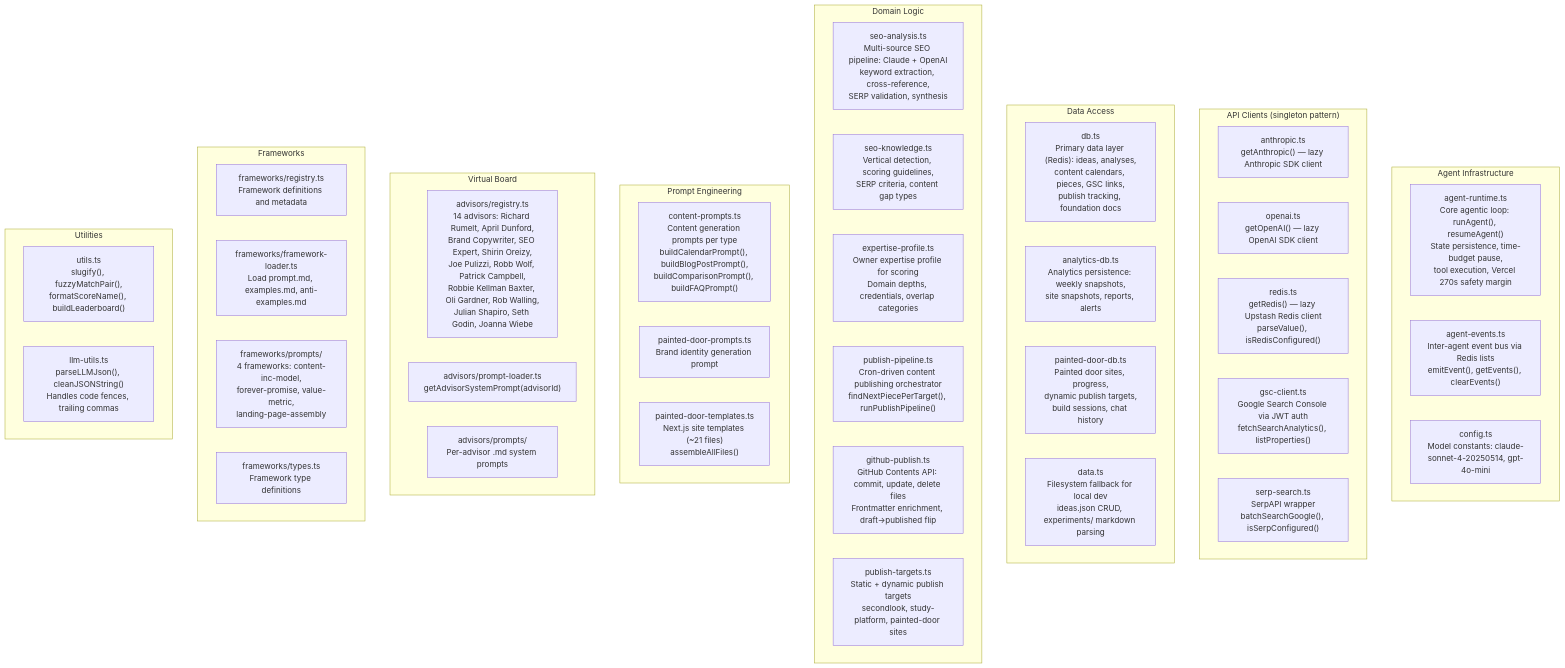
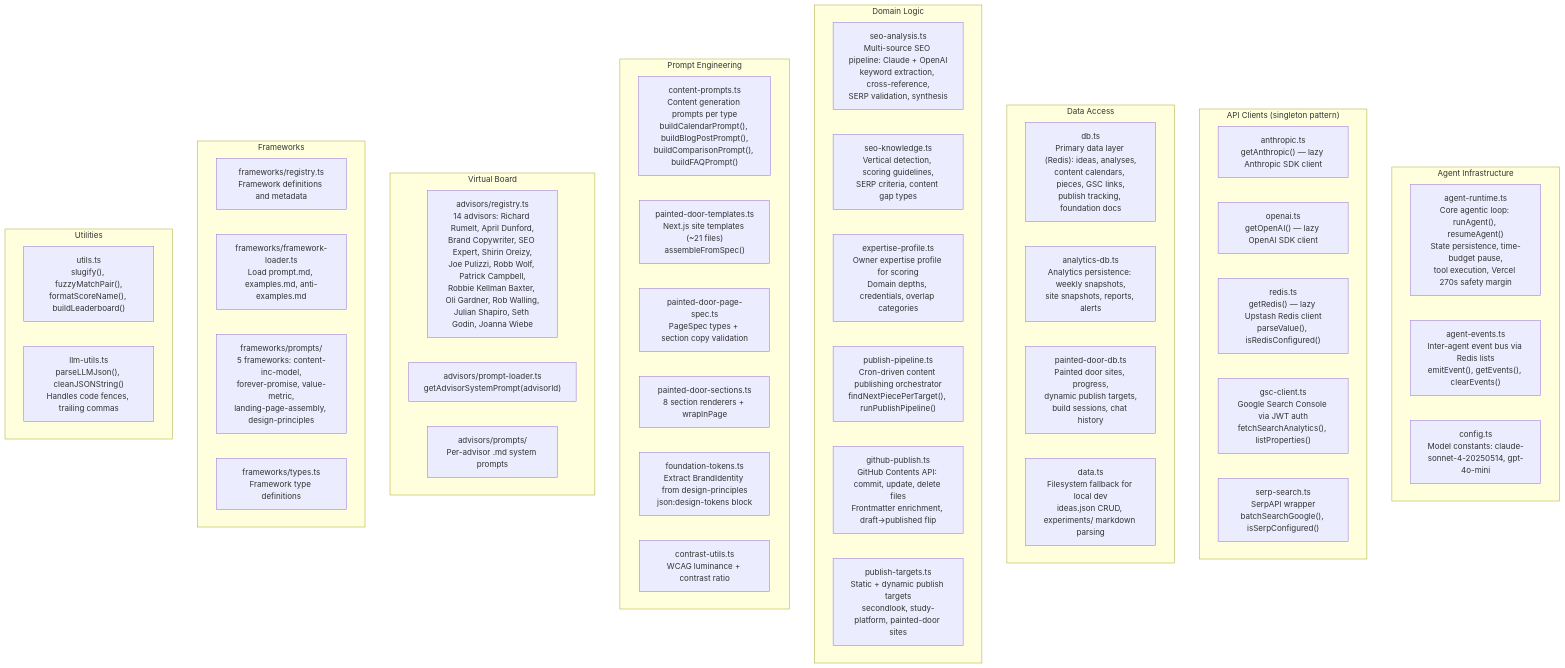
One commit to cwhogg/epch-projects changed the third of 11 diagrams in docs/architecture.md. Above: the diagram before and after it, drawn with Mermaid. The commit also changed other lines of this file, not shown here.

Commit message:
docs: update architecture for website builder rebuild

````diff
--- a/docs/architecture.md
+++ b/docs/architecture.md
@@ -219,62 +219,65 @@
 ```mermaid
 graph TB
     subgraph Runtime["Agent Infrastructure"]
         agent_runtime["agent-runtime.ts<br/>Core agentic loop: runAgent(), resumeAgent()<br/>State persistence, time-budget pause,<br/>tool execution, Vercel 270s safety margin"]
         agent_events["agent-events.ts<br/>Inter-agent event bus via Redis lists<br/>emitEvent(), getEvents(), clearEvents()"]
         config["config.ts<br/>Model constants: claude-sonnet-4-20250514, gpt-4o-mini"]
     end
 
     subgraph Clients["API Clients (singleton pattern)"]
         anthropic["anthropic.ts<br/>getAnthropic() — lazy Anthropic SDK client"]
         openai["openai.ts<br/>getOpenAI() — lazy OpenAI SDK client"]
         redis_mod["redis.ts<br/>getRedis() — lazy Upstash Redis client<br/>parseValue(), isRedisConfigured()"]
         gsc_client["gsc-client.ts<br/>Google Search Console via JWT auth<br/>fetchSearchAnalytics(), listProperties()"]
         serp_search["serp-search.ts<br/>SerpAPI wrapper<br/>batchSearchGoogle(), isSerpConfigured()"]
     end
 
     subgraph Persistence["Data Access"]
         db["db.ts<br/>Primary data layer (Redis): ideas, analyses,<br/>content calendars, pieces, GSC links,<br/>publish tracking, foundation docs"]
         analytics_db["analytics-db.ts<br/>Analytics persistence: weekly snapshots,<br/>site snapshots, reports, alerts"]
         painted_door_db["painted-door-db.ts<br/>Painted door sites, progress,<br/>dynamic publish targets,<br/>build sessions, chat history"]
         data["data.ts<br/>Filesystem fallback for local dev<br/>ideas.json CRUD, experiments/ markdown parsing"]
     end
 
     subgraph DomainLogic["Domain Logic"]
         seo_analysis["seo-analysis.ts<br/>Multi-source SEO pipeline: Claude + OpenAI<br/>keyword extraction, cross-reference,<br/>SERP validation, synthesis"]
         seo_knowledge["seo-knowledge.ts<br/>Vertical detection, scoring guidelines,<br/>SERP criteria, content gap types"]
         expertise_profile["expertise-profile.ts<br/>Owner expertise profile for scoring<br/>Domain depths, credentials, overlap categories"]
         publish_pipeline["publish-pipeline.ts<br/>Cron-driven content publishing orchestrator<br/>findNextPiecePerTarget(), runPublishPipeline()"]
         github_publish["github-publish.ts<br/>GitHub Contents API: commit, update, delete files<br/>Frontmatter enrichment, draft→published flip"]
         publish_targets["publish-targets.ts<br/>Static + dynamic publish targets<br/>secondlook, study-platform, painted-door sites"]
     end
 
     subgraph Prompts["Prompt Engineering"]
         content_prompts["content-prompts.ts<br/>Content generation prompts per type<br/>buildCalendarPrompt(), buildBlogPostPrompt(),<br/>buildComparisonPrompt(), buildFAQPrompt()"]
-        painted_door_prompts["painted-door-prompts.ts<br/>Brand identity generation prompt"]
-        painted_door_templates["painted-door-templates.ts<br/>Next.js site templates (~21 files)<br/>assembleAllFiles()"]
+        painted_door_templates["painted-door-templates.ts<br/>Next.js site templates (~21 files)<br/>assembleFromSpec()"]
+        painted_door_page_spec["painted-door-page-spec.ts<br/>PageSpec types + section copy validation"]
+        painted_door_sections["painted-door-sections.ts<br/>8 section renderers + wrapInPage"]
+        foundation_tokens["foundation-tokens.ts<br/>Extract BrandIdentity from design-principles<br/>json:design-tokens block"]
+        contrast_utils["contrast-utils.ts<br/>WCAG luminance + contrast ratio"]
     end
 
     subgraph Frameworks["Frameworks"]
         frameworks_registry["frameworks/registry.ts<br/>Framework metadata registry"]
         frameworks_loader["frameworks/framework-loader.ts<br/>getFrameworkPrompt(frameworkId)<br/>Reads prompt.md from disk"]
         frameworks_prompts["frameworks/prompts/<br/>Per-framework prompt + examples"]
     end
 
     subgraph Advisors["Virtual Board"]
         advisors_registry["advisors/registry.ts<br/>14 advisors: Richard Rumelt, April Dunford,<br/>Brand Copywriter, SEO Expert, Shirin Oreizy,<br/>Joe Pulizzi, Robb Wolf, Patrick Campbell,<br/>Robbie Kellman Baxter, Oli Gardner, Rob Walling,<br/>Julian Shapiro, Seth Godin, Joanna Wiebe"]
         advisors_loader["advisors/prompt-loader.ts<br/>getAdvisorSystemPrompt(advisorId)"]
         advisors_prompts["advisors/prompts/<br/>Per-advisor .md system prompts"]
     end
 
     subgraph Frameworks["Framework Library"]
         frameworks_registry["frameworks/registry.ts<br/>Framework definitions and metadata"]
         frameworks_loader["frameworks/framework-loader.ts<br/>Load prompt.md, examples.md, anti-examples.md"]
         frameworks_types["frameworks/types.ts<br/>Framework type definitions"]
-        frameworks_prompts["frameworks/prompts/<br/>4 frameworks: content-inc-model,<br/>forever-promise, value-metric,<br/>landing-page-assembly"]
+        frameworks_prompts["frameworks/prompts/<br/>5 frameworks: content-inc-model,<br/>forever-promise, value-metric,<br/>landing-page-assembly, design-principles"]
     end
 
     subgraph Utilities["Utilities"]
         utils["utils.ts<br/>slugify(), fuzzyMatchPair(),<br/>formatScoreName(), buildLeaderboard()"]
         llm_utils["llm-utils.ts<br/>parseLLMJson(), cleanJSONString()<br/>Handles code fences, trailing commas"]
     end
 ```
````
